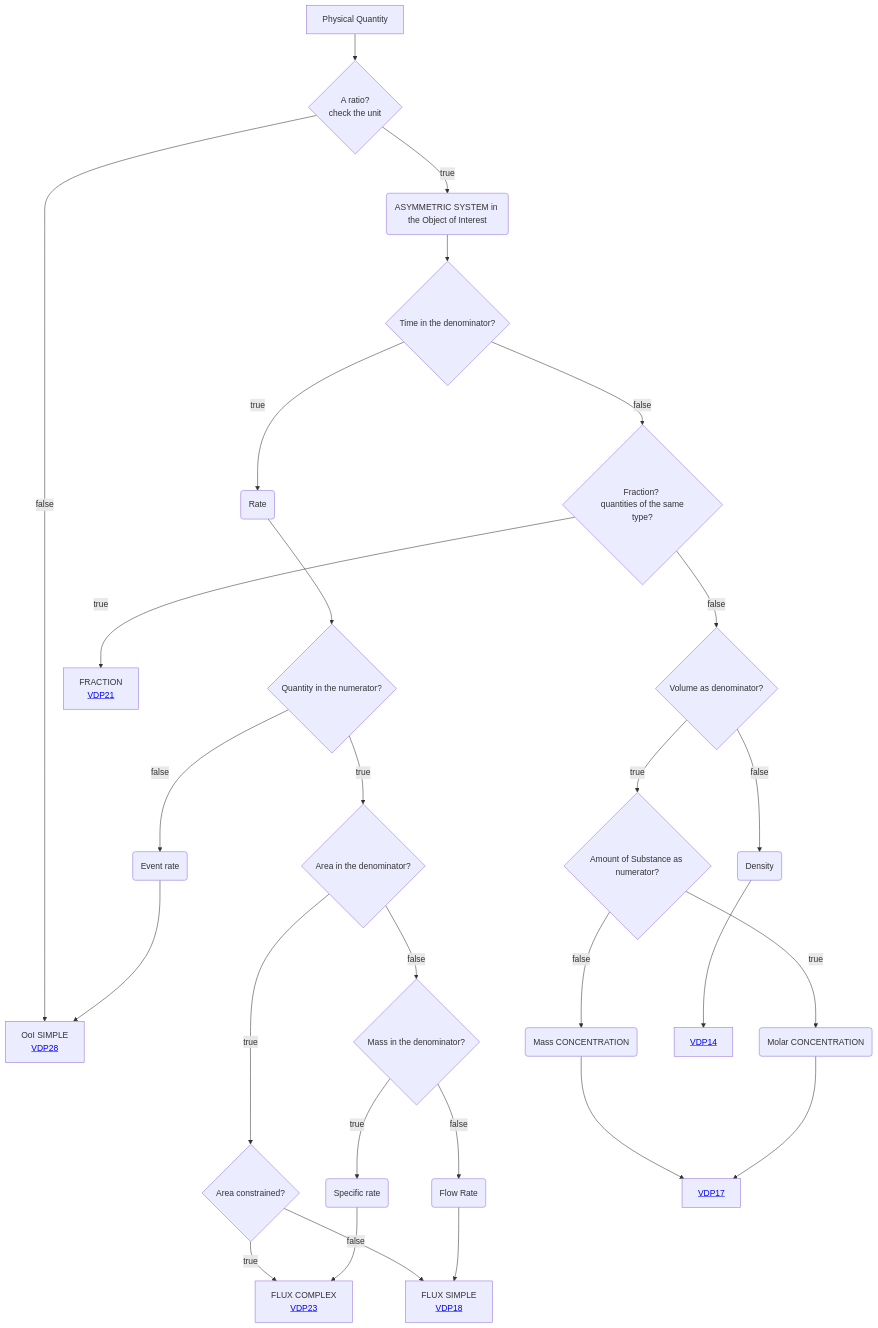
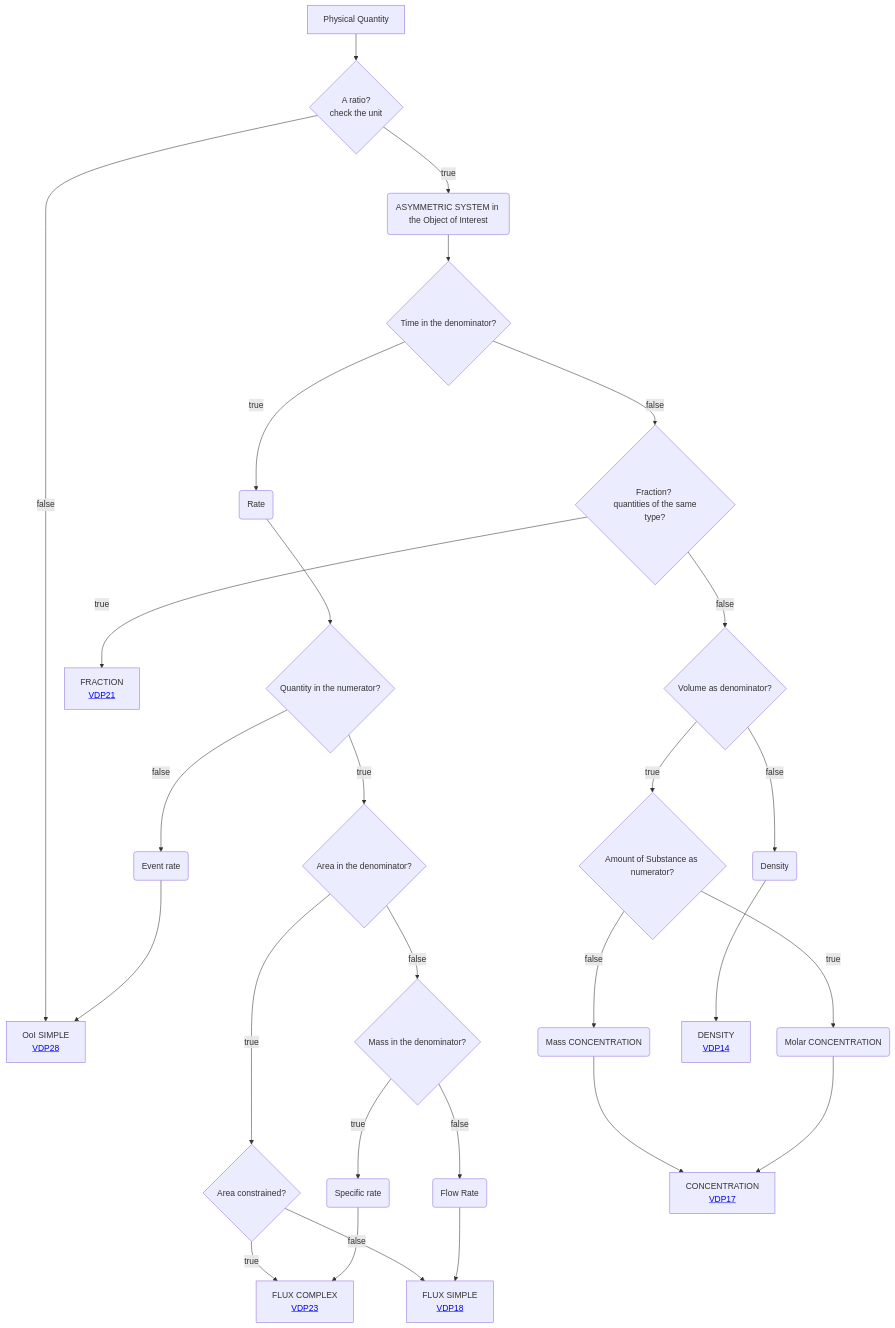
One commit to mabablue/I-ADOPT-patterns-playground changed the diagram in Decisition_trees/DT2.mmd. Above: the diagram before and after it, drawn with Mermaid.

```diff
--- a/Decisition_trees/DT2.mmd
+++ b/Decisition_trees/DT2.mmd
@@ -1,28 +1,28 @@
 flowchart TD
     A[Physical Quantity] --> B{A ratio?<br>check the unit}
     B --> |true|AB(ASYMMETRIC SYSTEM in the Object of Interest)
     AB --> C{Time in the denominator?} 
     B --> |false|I[OoI SIMPLE <br> <a href='https://github.com/mabablue/I-ADOPT-patterns-playground/blob/main/pattern/VDP28.yaml'>VDP28</a>]
     C --> |true|MN(Rate) 
     MN --> N{Quantity in the numerator?}
     C --> |false|D{Fraction? <br> quantities of the same type?}
     E --> |true|F{Area constrained?}
     E --> |false|K{Mass in the denominator?} 
     F --> |true|G[FLUX COMPLEX <br> <a href='https://github.com/mabablue/I-ADOPT-patterns-playground/blob/main/pattern/VDP23.yaml'>VDP23</a>]
     F --> |false|H[FLUX SIMPLE <br> <a href='https://github.com/mabablue/I-ADOPT-patterns-playground/blob/main/pattern/VDP18.yaml'>VDP18</a>]
     K --> |true|L(Specific rate)
     L --> G
     K --> |false|M(Flow Rate)
     M --> H
     N --> |true|E{Area in the denominator?}
     N --> |false|O(Event rate)
     O --> I
     D --> |true|J[FRACTION <br> <a href='https://github.com/mabablue/I-ADOPT-patterns-playground/blob/main/pattern/VDP21.yaml'>VDP21</a>]
     D --> |false|P{Volume as denominator?}
     P --> |true|Q{Amount of Substance as numerator?}
     Q --> |true|R(Molar CONCENTRATION)
     Q --> |false|S(Mass CONCENTRATION)
     P --> |false|U(Density)
-    S --> T[<a href='https://github.com/mabablue/I-ADOPT-patterns-playground/blob/main/pattern/VDP17.yaml'>VDP17</a>]
+    S --> T[CONCENTRATION <br> <a href='https://github.com/mabablue/I-ADOPT-patterns-playground/blob/main/pattern/VDP17.yaml'>VDP17</a>]
     R --> T
-    U --> V[<a href='https://github.com/mabablue/I-ADOPT-patterns-playground/blob/main/pattern/VDP14.yaml'>VDP14</a>]
+    U --> V[DENSITY <br> <a href='https://github.com/mabablue/I-ADOPT-patterns-playground/blob/main/pattern/VDP14.yaml'>VDP14</a>]
```
